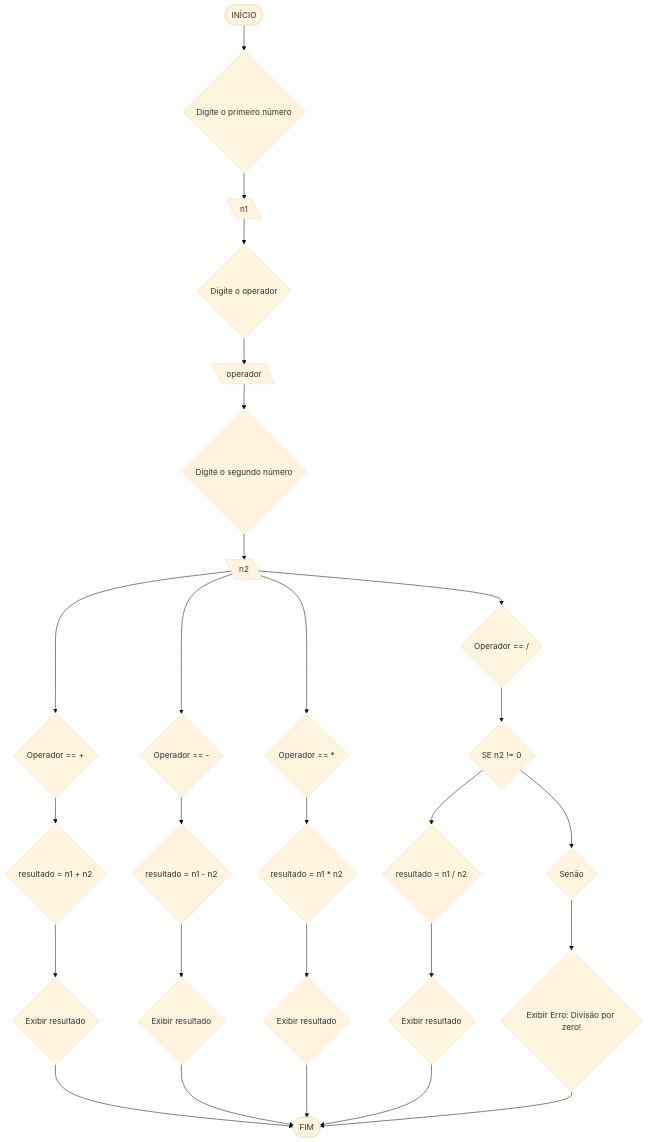
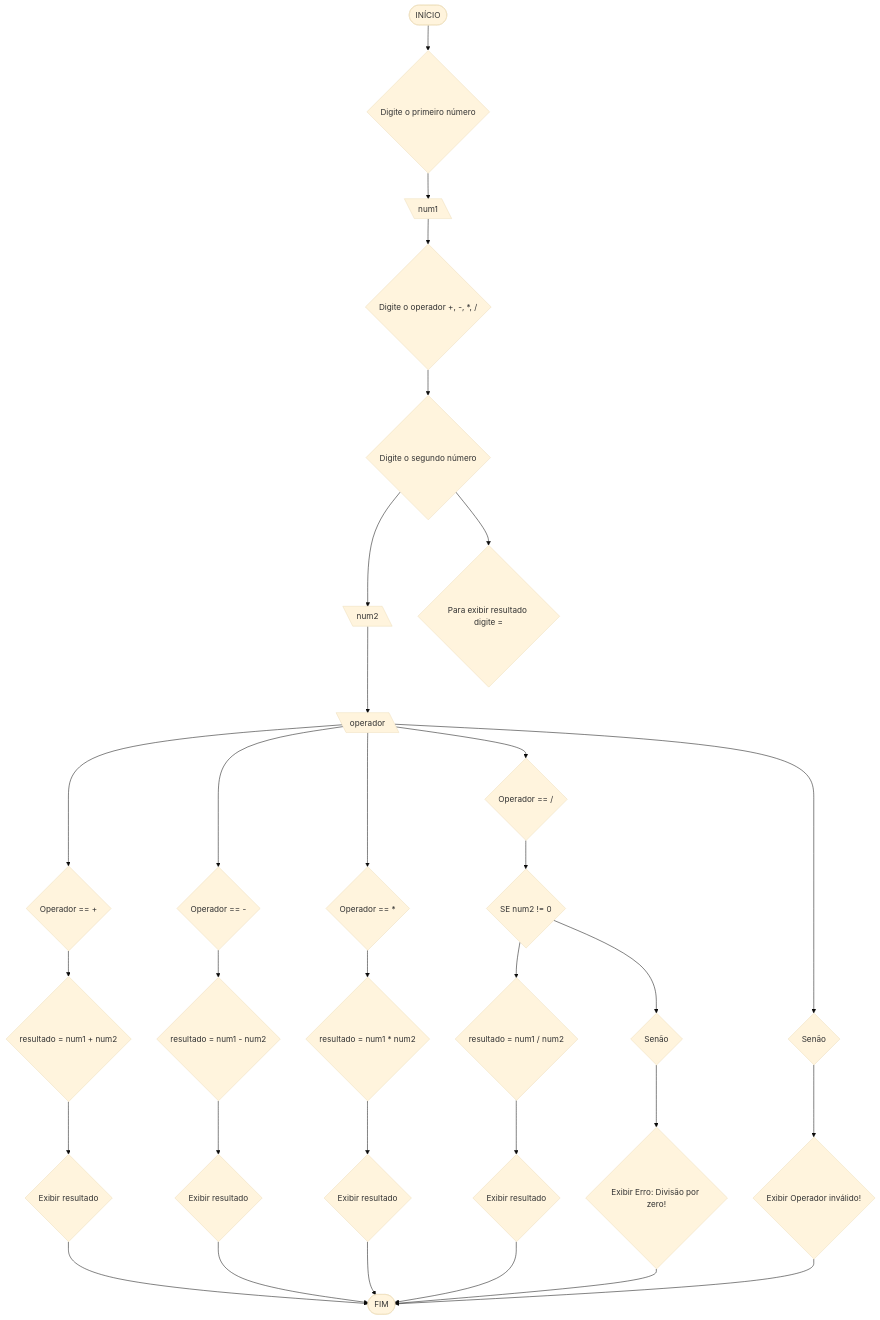
One commit to edwardstww/unifor changed the fourth of 4 diagrams in RLA/lista2.md. Above: the diagram before and after it, drawn with Mermaid (base theme). The commit also changed other lines of this file, not shown here.

````diff
--- a/RLA/lista2.md
+++ b/RLA/lista2.md
@@ -104,29 +104,33 @@
 ```mermaid
-flowchart TD 
+flowchart TD
 A([INÍCIO]) --> B{Digite o primeiro número} 
-B --> C[\n1\] 
-C --> D{Digite o operador} 
-D --> E[\operador\] 
-E --> F{Digite o segundo número} 
-F --> G[\n2\] 
-G --> H{Operador == +}
-H --> I{resultado = n1 + n2}
-I --> J{Exibir resultado} 
-J --> K([FIM]) 
-G --> L{Operador == -} 
-L --> M{resultado = n1 - n2} 
-M --> N{Exibir resultado} 
-N --> K 
-G --> O{Operador == *} 
-O --> P{resultado = n1 * n2} 
-P --> Q{Exibir resultado} 
-Q --> K 
-G --> R{Operador == /}
- R --> S{SE n2 != 0} 
- S --> T{resultado = n1 / n2} 
+B --> C[\num1\] 
+C --> D{Digite o operador +, -, *, /} 
+D --> E{Digite o segundo número}
+E --> F[\num2\]
+E --> Z{Para exibir resultado digite =}
+ F --> G[\operador\] 
+ G --> H{Operador == +} 
+ H --> I{resultado = num1 + num2} 
+ I --> J{Exibir resultado} 
+ J --> K([FIM]) 
+ G --> L{Operador == -} 
+ L --> M{resultado = num1 - num2} 
+ M --> N{Exibir resultado} 
+ N --> K 
+ G --> O{Operador == *} 
+ O --> P{resultado = num1 * num2} 
+ P --> Q{Exibir resultado} 
+ Q --> K 
+ G --> R{Operador == /} 
+ R --> S{SE num2 != 0} 
+ S --> T{resultado = num1 / num2} 
  T --> U{Exibir resultado} 
  U --> K 
  S --> V{Senão} 
- V --> W{Exibir Erro: Divisão por zero!}
- W --> K
- ```
+V --> W{Exibir Erro: Divisão por zero!}
+  W --> K 
+  G --> X{Senão}
+   X --> Y{Exibir Operador inválido!} 
+   Y --> K
+   ```
````
